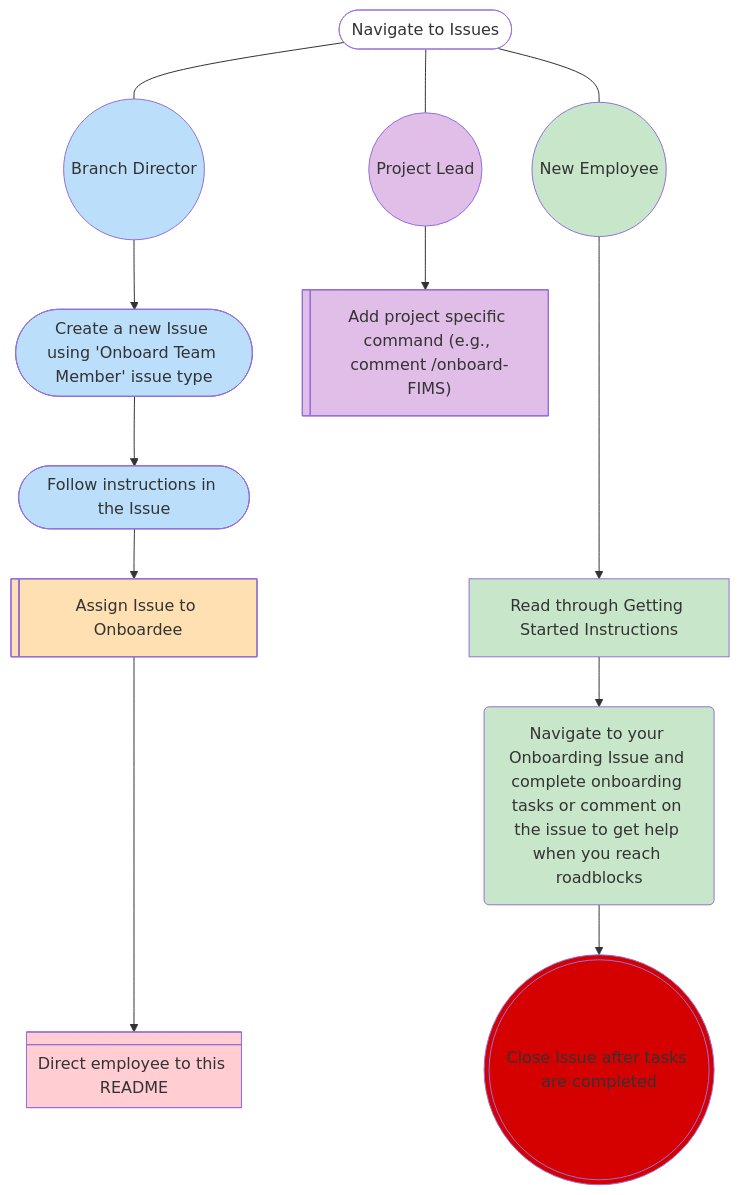
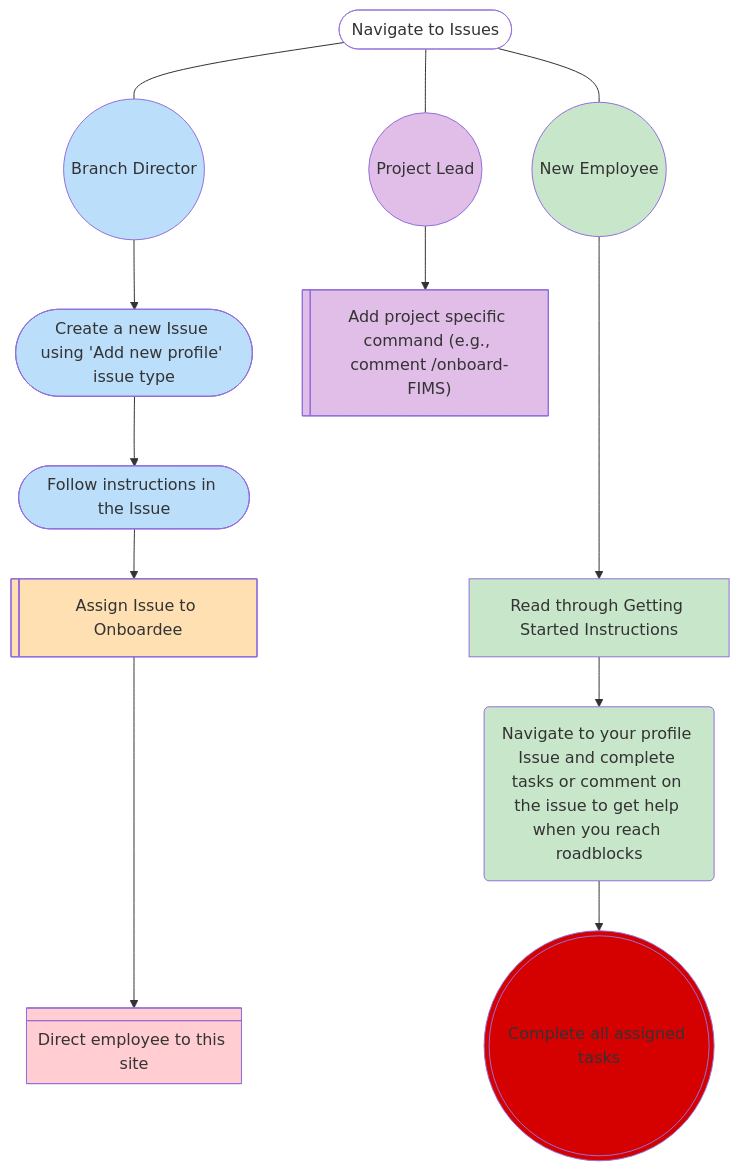
Before and after one commit to nmfs-ost/on-off-boarding: the first of 2 diagrams in getting-started.qmd, drawn with Mermaid. The commit also changed other lines of this file and 2 other files, not shown here.

````diff
--- a/getting-started.qmd
+++ b/getting-started.qmd
@@ -28,31 +28,32 @@
 ```{mermaid}
 flowchart TD;
     A(["Navigate to Issues"]) --- A0(("Branch Director")) & A1(("New Employee")) & PL(("Project Lead"));
-    A0 --> B(["Create a new Issue using 'Onboard Team Member' issue type"]);
+    A0 --> B(["Create a new Issue using 'Add new profile' issue type"]);
     A1 ----> G["Read through Getting Started Instructions"];
     B --> C(["Follow instructions in the Issue"]);
     C --> E["Assign Issue to Onboardee"];
     PL --> D["Add project specific command (e.g., comment /onboard-FIMS)"];
-    G --> new("Navigate to your Onboarding Issue and complete onboarding tasks or comment on the issue to get help when you reach roadblocks");
-    new --> F["Close Issue after tasks are completed"];
-    E ---> H["Direct employee to this README"];
+    G --> new("Navigate to your profile Issue and complete tasks or comment on the issue to get help when you reach roadblocks");
+    new --> F["Complete all assigned tasks"];
+    E ---> H["Direct employee to this site"];
 
     E@{ shape: lin-rect};
     D@{ shape: lin-rect};
     F@{ shape: dbl-circ};
     H@{ shape: div-rect};
     style A fill:transparent;
     style A0 fill:#BBDEFB;
     style A1 fill:#C8E6C9;
     style PL fill:#F54927,fill:#E1BEE7,color:none;
     style B fill:#BBDEFB;
     style G fill:#C8E6C9;
     style C fill:#BBDEFB;
     style E fill:#FFE0B2;
     style D fill:#E1BEE7;
     style new fill:#C8E6C9;
     style F fill:#D50000;
     style H fill:#FFCDD2;
     click A "https://github.com/nmfs-ost/on-off-boarding/issues";
+    click A0 "https://github.com/nmfs-ost/on-off-boarding/issues/new?template=add_new_profile.yml";
     click G "/getting-started.qmd";
 ```
````
